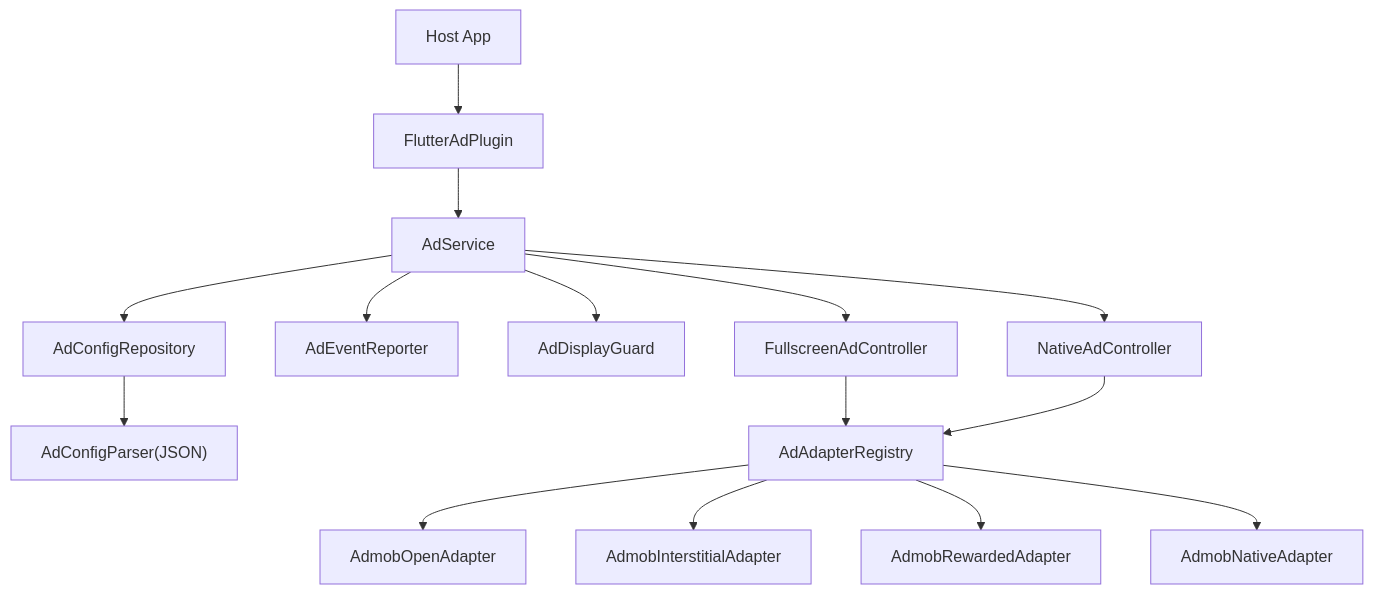
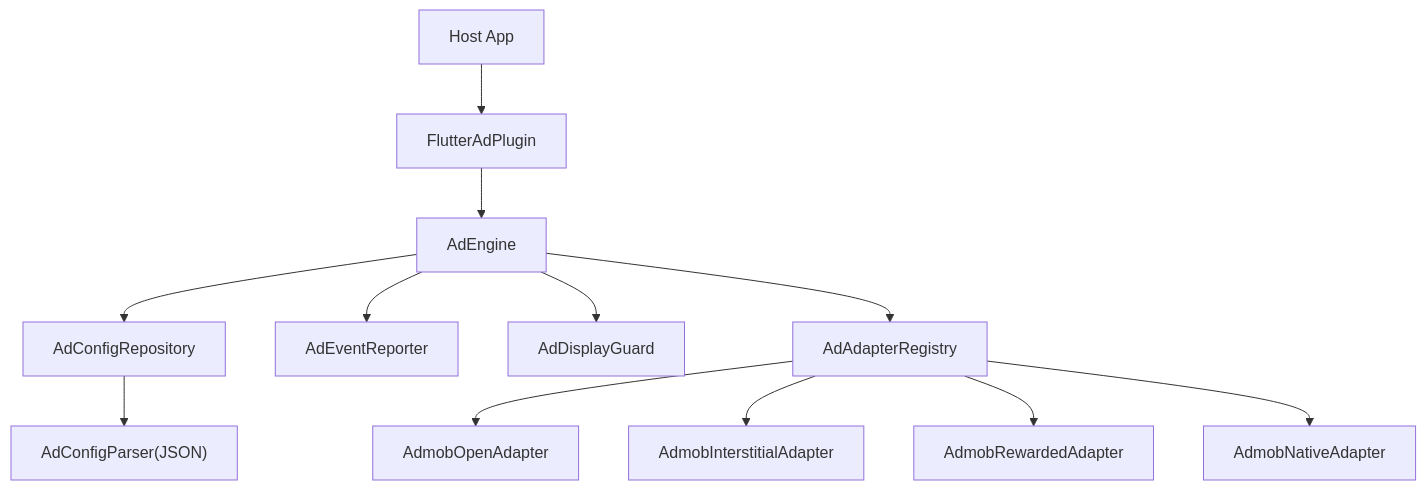
The first of 7 diagrams in README.md (yanmingLiu/flutter_ad_plugin), drawn with Mermaid before and after one commit. The commit also changed other lines of this file and 10 other files, not shown here.

Commit message:
refactor: simplify ad plugin architecture and logging

````diff
--- a/README.md
+++ b/README.md
@@ -9,17 +133,14 @@
 ```mermaid
 flowchart TD
   App["Host App"] --> Facade["FlutterAdPlugin"]
-  Facade --> Service["AdService"]
-  Service --> Repo["AdConfigRepository"]
-  Service --> Reporter["AdEventReporter"]
-  Service --> Guard["AdDisplayGuard"]
-  Service --> Full["FullscreenAdController"]
-  Service --> Native["NativeAdController"]
+  Facade --> Engine["AdEngine"]
+  Engine --> Repo["AdConfigRepository"]
+  Engine --> Reporter["AdEventReporter"]
+  Engine --> Guard["AdDisplayGuard"]
   Repo --> Parser["AdConfigParser(JSON)"]
-  Full --> Registry["AdAdapterRegistry"]
-  Native --> Registry
+  Engine --> Registry["AdAdapterRegistry"]
   Registry --> AdmobOpen["AdmobOpenAdapter"]
   Registry --> AdmobInt["AdmobInterstitialAdapter"]
   Registry --> AdmobRew["AdmobRewardedAdapter"]
   Registry --> AdmobNative["AdmobNativeAdapter"]
 ```
````
